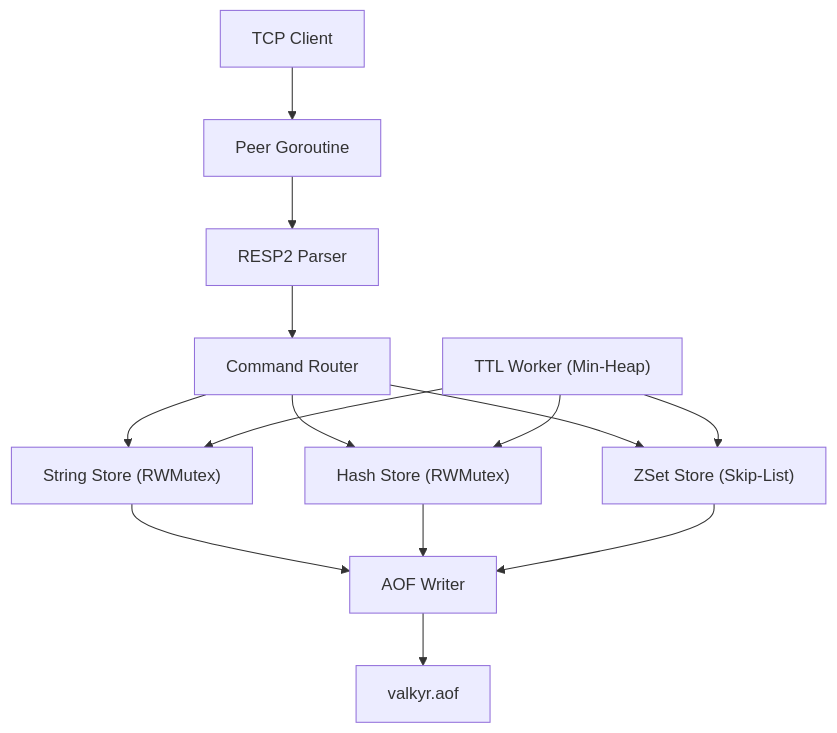
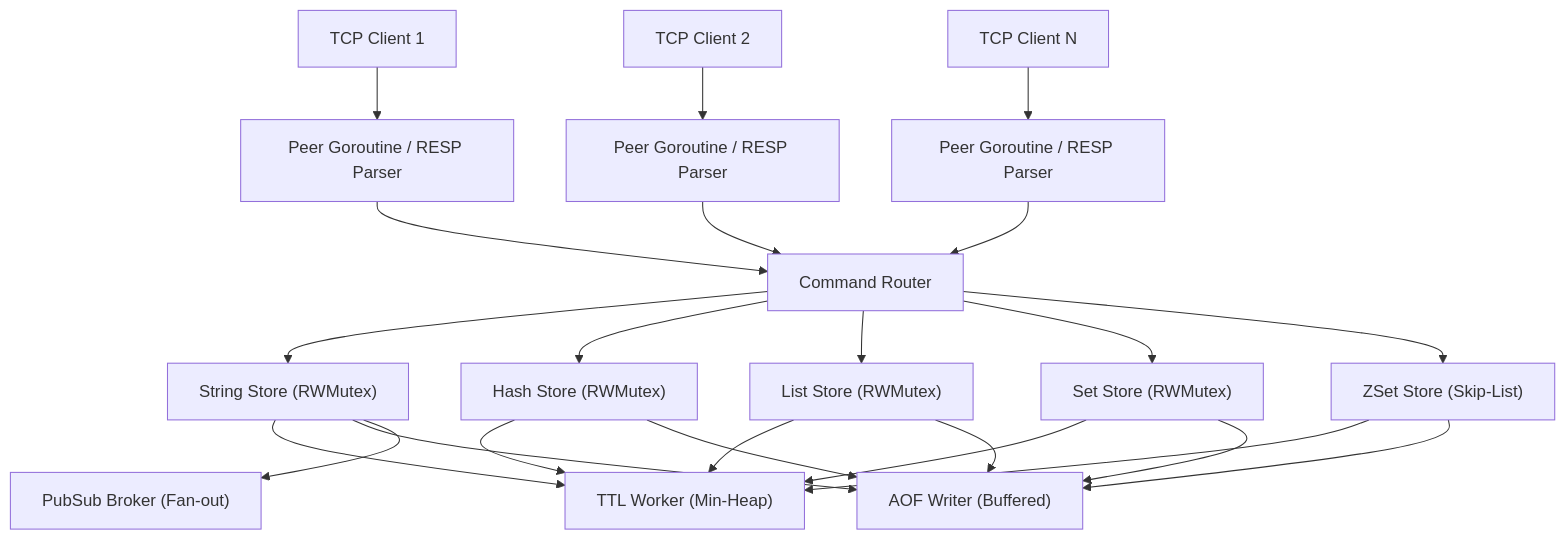
Before and after one commit to shinymacktest/gitdex-docs: the diagram in docs/lande26/Valkyr/1_introduction.mdx, drawn with Mermaid. The commit also changed other lines of this file and 13 other files, not shown here.

````diff
--- a/docs/lande26/Valkyr/1_introduction.mdx
+++ b/docs/lande26/Valkyr/1_introduction.mdx
@@ -26,16 +27,32 @@
 ```mermaid
 graph TD
-    A["TCP Client"] --> B["Peer Goroutine"]
-    B --> C["RESP2 Parser"]
-    C --> D["Command Router"]
-    D --> E["String Store (RWMutex)"]
-    D --> F["Hash Store (RWMutex)"]
-    D --> G["ZSet Store (Skip-List)"]
-    E --> H["AOF Writer"]
-    F --> H
-    G --> H
-    H --> I["valkyr.aof"]
-    J["TTL Worker (Min-Heap)"] --> E
-    J --> F
-    J --> G
+    C1["TCP Client 1"] --> P1["Peer Goroutine / RESP Parser"]
+    C2["TCP Client 2"] --> P2["Peer Goroutine / RESP Parser"]
+    CN["TCP Client N"] --> PN["Peer Goroutine / RESP Parser"]
+    
+    P1 --> Router["Command Router"]
+    P2 --> Router
+    PN --> Router
+    
+    Router --> SStore["String Store (RWMutex)"]
+    Router --> HStore["Hash Store (RWMutex)"]
+    Router --> LStore["List Store (RWMutex)"]
+    Router --> SetStore["Set Store (RWMutex)"]
+    Router --> ZStore["ZSet Store (Skip-List)"]
+    
+    SStore --> TTL["TTL Worker (Min-Heap)"]
+    SStore --> AOF["AOF Writer (Buffered)"]
+    SStore --> PS["PubSub Broker (Fan-out)"]
+    
+    HStore --> TTL
+    HStore --> AOF
+    
+    LStore --> TTL
+    LStore --> AOF
+    
+    SetStore --> TTL
+    SetStore --> AOF
+    
+    ZStore --> TTL
+    ZStore --> AOF
 ```
````
